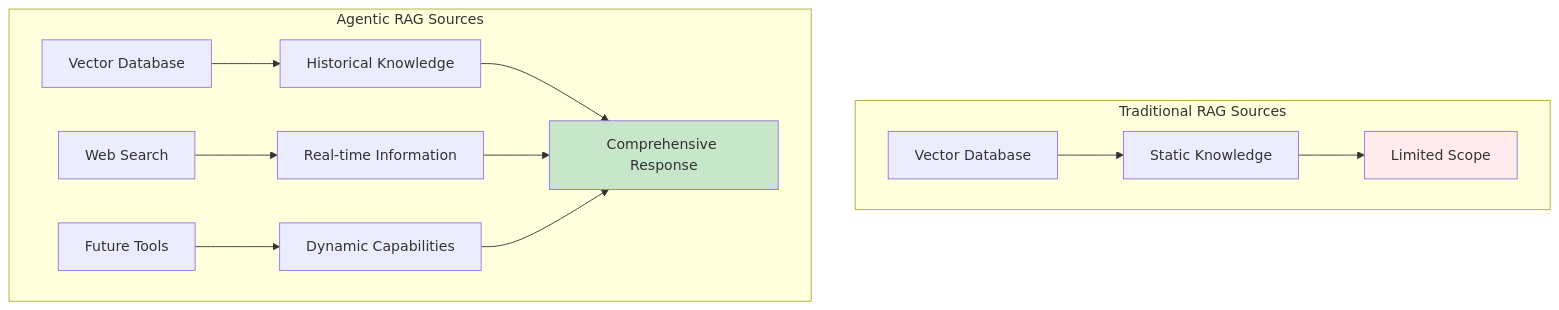
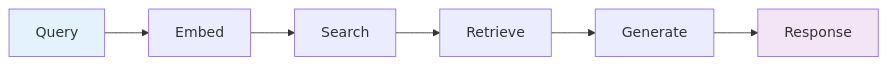
Before and after one commit to rlynjb/adventurecue: the sixth of 8 diagrams in docs/agentic-vs-traditional-rag.md, drawn with Mermaid. The commit also changed other lines of this file, not shown here.

Commit message:
update rag doc

````diff
--- a/docs/agentic-vs-traditional-rag.md
+++ b/docs/agentic-vs-traditional-rag.md
@@ -178,19 +360,7 @@
 ```mermaid
-graph TD
-    subgraph "Traditional RAG Sources"
-        A1[Vector Database] --> B1[Static Knowledge]
-        B1 --> C1[Limited Scope]
-    end
+graph LR
+    A[Query] --> B[Embed] --> C[Search] --> D[Retrieve] --> E[Generate] --> F[Response]
 
-    subgraph "Agentic RAG Sources"
-        A2[Vector Database] --> D2[Historical Knowledge]
-        A3[Web Search] --> E2[Real-time Information]
-        A4[Future Tools] --> F2[Dynamic Capabilities]
-        D2 --> G2[Comprehensive Response]
-        E2 --> G2
-        F2 --> G2
-    end
-
-    style C1 fill:#ffebee
-    style G2 fill:#c8e6c9
+    style A fill:#e3f2fd
+    style F fill:#f3e5f5
 ```
````
